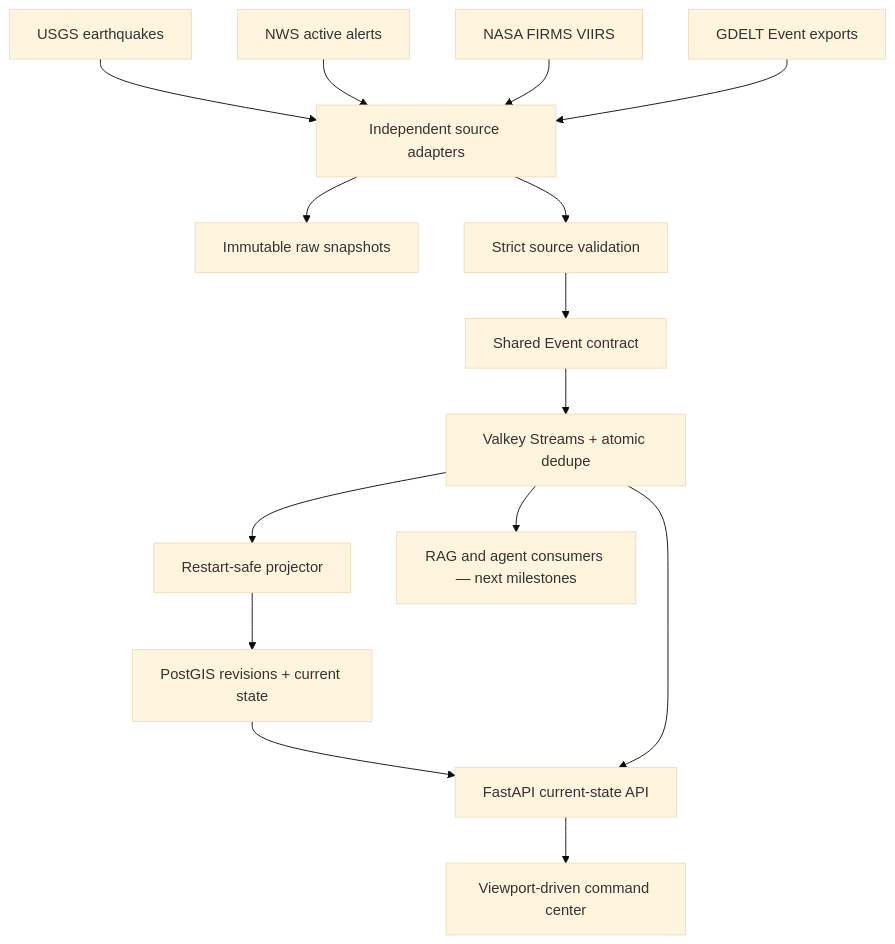
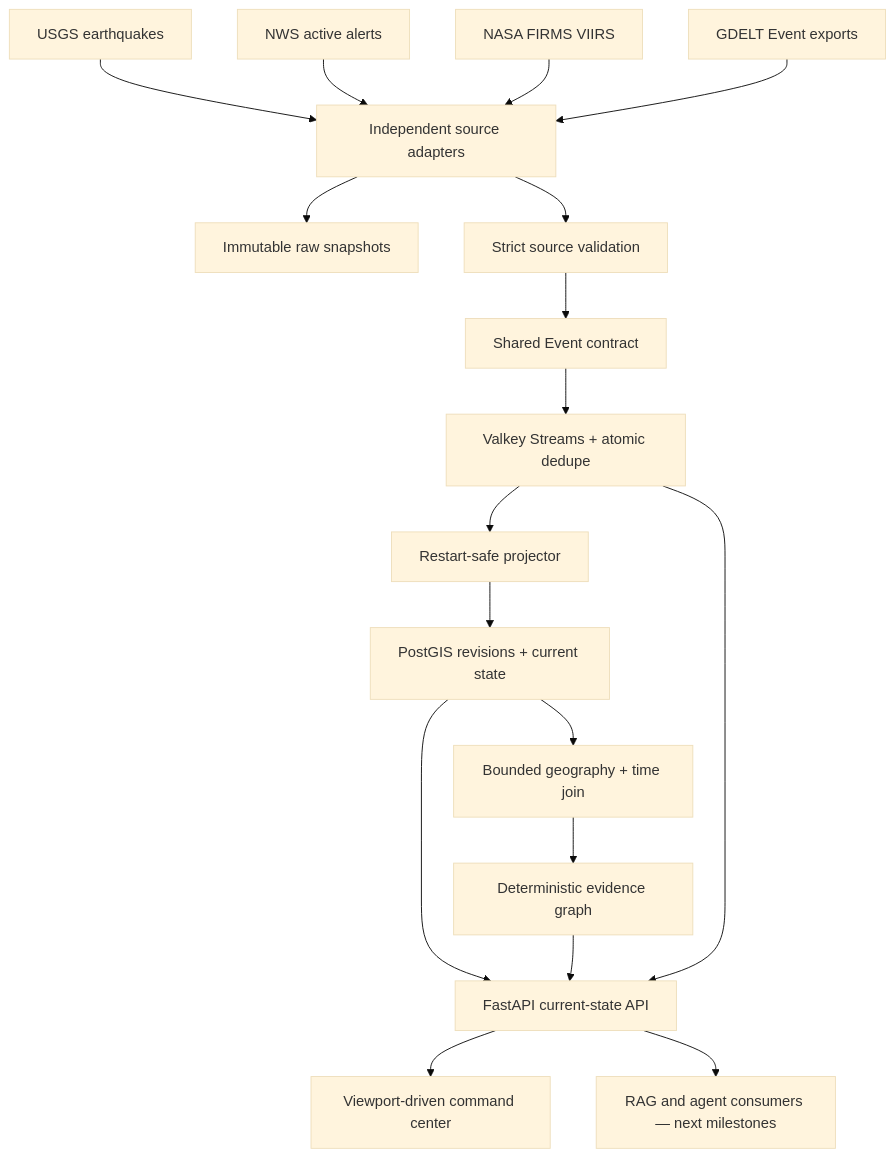
One commit to Thivas12/atlas-pulse changed the diagram in README.md. Above: the diagram before and after it, drawn with Mermaid (base theme). The commit also changed other lines of this file and 31 other files, not shown here.

First line of the commit message:
feat: correlate cross-source evidence graphs (#18)

````diff
--- a/README.md
+++ b/README.md
@@ -38,17 +41,20 @@
 ```mermaid
 flowchart TD
     USGS["USGS earthquakes"] --> Adapters["Independent source adapters"]
     NWS["NWS active alerts"] --> Adapters
     FIRMS["NASA FIRMS VIIRS"] --> Adapters
     GDELT["GDELT Event exports"] --> Adapters
     Adapters --> Raw["Immutable raw snapshots"]
     Adapters --> Validate["Strict source validation"]
     Validate --> Contract["Shared Event contract"]
     Contract --> Stream["Valkey Streams + atomic dedupe"]
     Stream --> Projector["Restart-safe projector"]
     Projector --> PostGIS["PostGIS revisions + current state"]
+    PostGIS --> Correlate["Bounded geography + time join"]
+    Correlate --> Graph["Deterministic evidence graph"]
     PostGIS --> API["FastAPI current-state API"]
+    Graph --> API
     Stream --> API
     API --> Web["Viewport-driven command center"]
-    Stream --> Agents["RAG and agent consumers — next milestones"]
+    API --> Agents["RAG and agent consumers — next milestones"]
 ```
````
